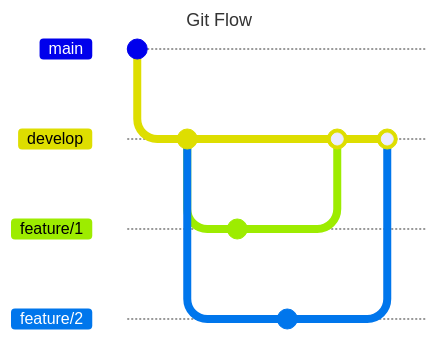
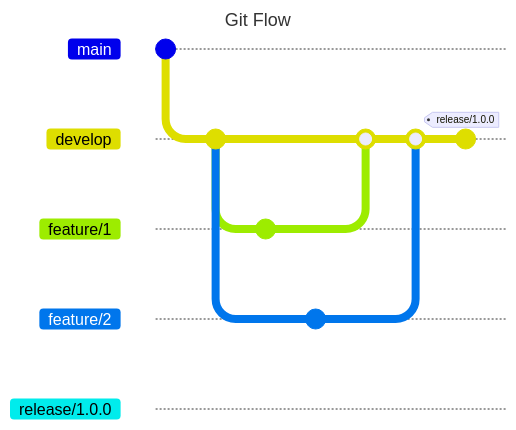
One commit to Weydon-Ding/learn-gitflow changed the diagram in README.md. Above: the diagram before and after it, drawn with Mermaid. Commit ids are hidden.

Commit message:
feat: branch release/1.0.0

````diff
--- a/README.md
+++ b/README.md
@@ -3,24 +3,26 @@
 ```mermaid
 ---
 title: Git Flow
 ---
 
 gitGraph
 
 commit
 branch develop
 
 commit
 branch feature/1
 branch feature/2
 
 checkout feature/1
 commit
 
 checkout feature/2
 commit
 
 checkout develop
 merge feature/1
 merge feature/2
+commit tag:"release/1.0.0"
+branch release/1.0.0
 ```
````
